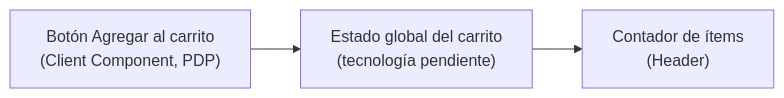
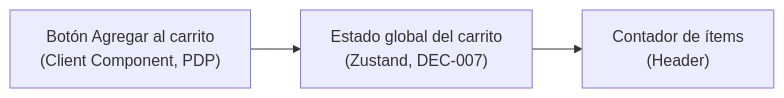
Before and after one commit to nickcoga/delosi-ecommerce: the third of 3 diagrams in docs/ARCHITECTURE.md, drawn with Mermaid. The commit also changed other lines of this file and 3 other files, not shown here.

````diff
--- a/docs/ARCHITECTURE.md
+++ b/docs/ARCHITECTURE.md
@@ -129,5 +197,5 @@
 ```mermaid
 flowchart LR
-    AddToCartButton["Botón Agregar al carrito\n(Client Component, PDP)"] --> CartState["Estado global del carrito\n(tecnología pendiente)"]
+    AddToCartButton["Botón Agregar al carrito\n(Client Component, PDP)"] --> CartState["Estado global del carrito\n(Zustand, DEC-007)"]
     CartState --> HeaderCounter["Contador de ítems\n(Header)"]
 ```
````
